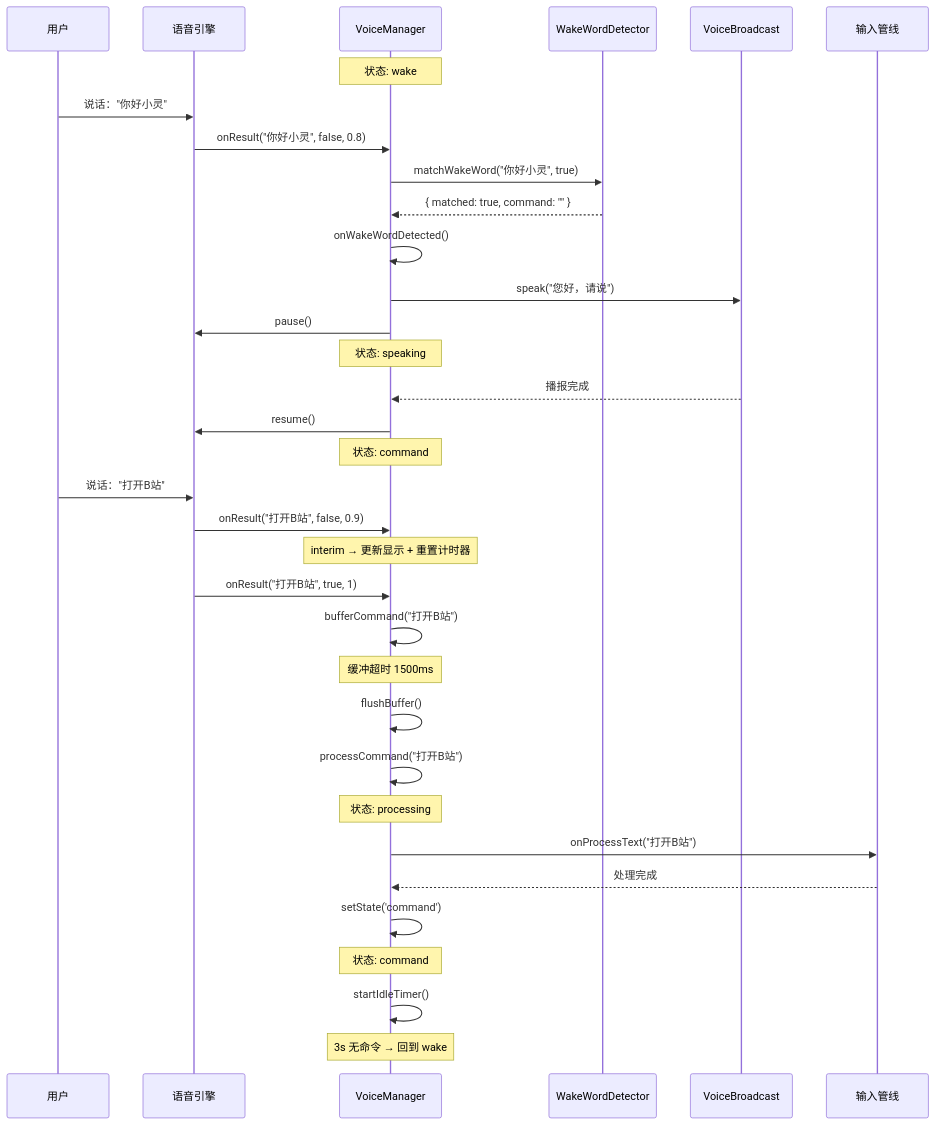
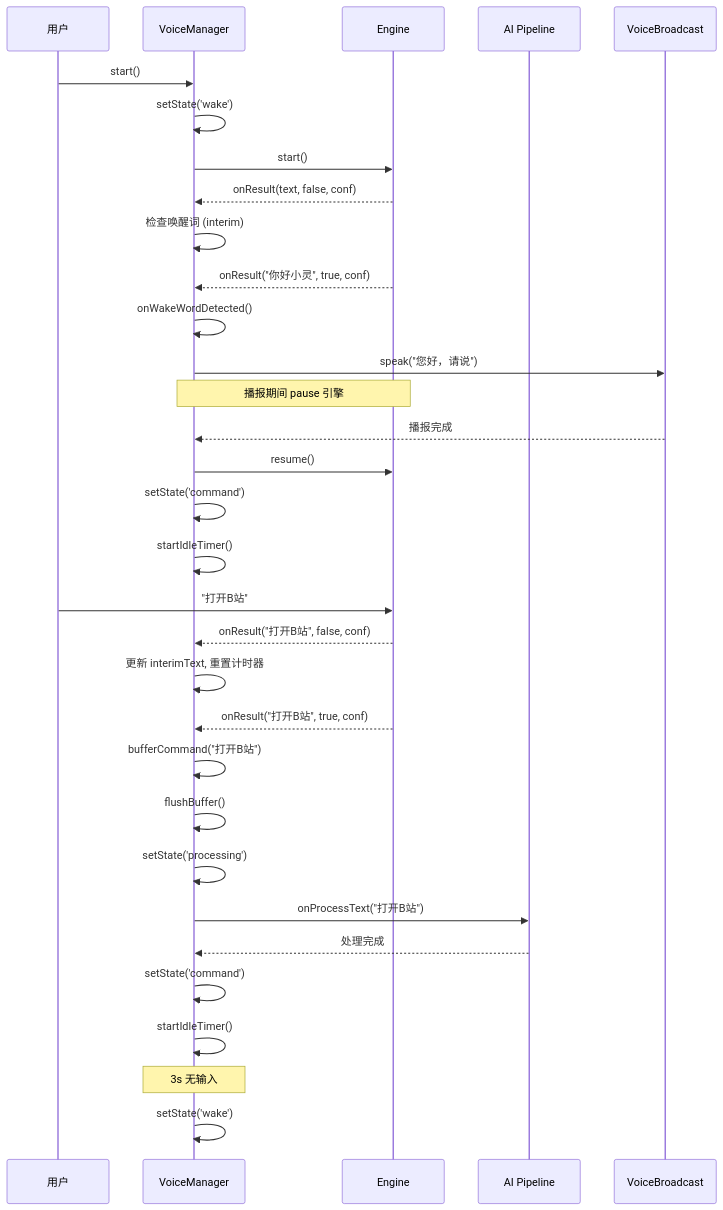
Before and after one commit to zw123zw/ai-browser: the third of 5 diagrams in docs/architecture/voice.md, drawn with Mermaid. The commit also changed other lines of this file and 13 other files, not shown here.

````diff
--- a/docs/architecture/voice.md
+++ b/docs/architecture/voice.md
@@ -418,44 +381,37 @@
 ```mermaid
 sequenceDiagram
-    participant User as 用户
-    participant Engine as 语音引擎
+    participant U as 用户
     participant VM as VoiceManager
-    participant WD as WakeWordDetector
-    participant VB as VoiceBroadcast
-    participant Pipeline as 输入管线
+    participant E as Engine
+    participant AI as AI Pipeline
+    participant TTS as VoiceBroadcast
 
-    Note over VM: 状态: wake
-
-    User->>Engine: 说话："你好小灵"
-    Engine->>VM: onResult("你好小灵", false, 0.8)
-    VM->>WD: matchWakeWord("你好小灵", true)
-    WD-->>VM: { matched: true, command: "" }
+    U->>VM: start()
+    VM->>VM: setState('wake')
+    VM->>E: start()
+    E-->>VM: onResult(text, false, conf)
+    VM->>VM: 检查唤醒词 (interim)
+    E-->>VM: onResult("你好小灵", true, conf)
     VM->>VM: onWakeWordDetected()
-    VM->>VB: speak("您好，请说")
-    VM->>Engine: pause()
-    Note over VM: 状态: speaking
-
-    VB-->>VM: 播报完成
-    VM->>Engine: resume()
-    Note over VM: 状态: command
-
-    User->>Engine: 说话："打开B站"
-    Engine->>VM: onResult("打开B站", false, 0.9)
-    Note over VM: interim → 更新显示 + 重置计时器
-
-    Engine->>VM: onResult("打开B站", true, 1)
-    VM->>VM: bufferCommand("打开B站")
-    Note over VM: 缓冲超时 1500ms
-
-    VM->>VM: flushBuffer()
-    VM->>VM: processCommand("打开B站")
-    Note over VM: 状态: processing
-    VM->>Pipeline: onProcessText("打开B站")
-
-    Pipeline-->>VM: 处理完成
+    VM->>TTS: speak("您好，请说")
+    Note over VM,E: 播报期间 pause 引擎
+    TTS-->>VM: 播报完成
+    VM->>E: resume()
     VM->>VM: setState('command')
-    Note over VM: 状态: command
     VM->>VM: startIdleTimer()
 
-    Note over VM: 3s 无命令 → 回到 wake
+    U->>E: "打开B站"
+    E-->>VM: onResult("打开B站", false, conf)
+    VM->>VM: 更新 interimText, 重置计时器
+    E-->>VM: onResult("打开B站", true, conf)
+    VM->>VM: bufferCommand("打开B站")
+    VM->>VM: flushBuffer()
+    VM->>VM: setState('processing')
+    VM->>AI: onProcessText("打开B站")
+    AI-->>VM: 处理完成
+    VM->>VM: setState('command')
+    VM->>VM: startIdleTimer()
+
+    Note over VM: 3s 无输入
+    VM->>VM: setState('wake')
 ```
````
